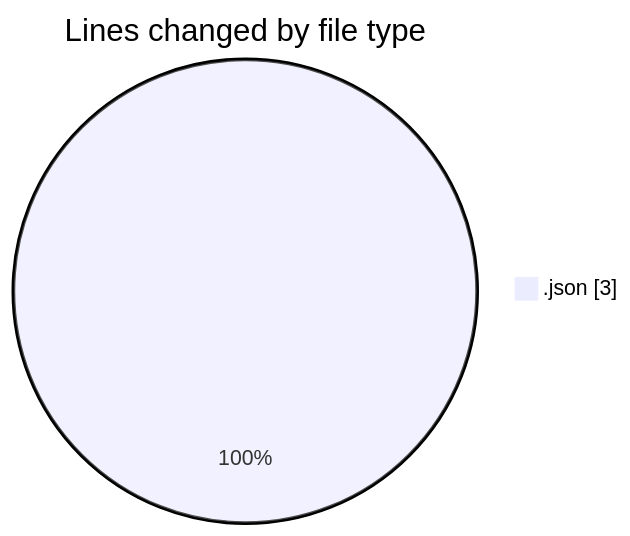
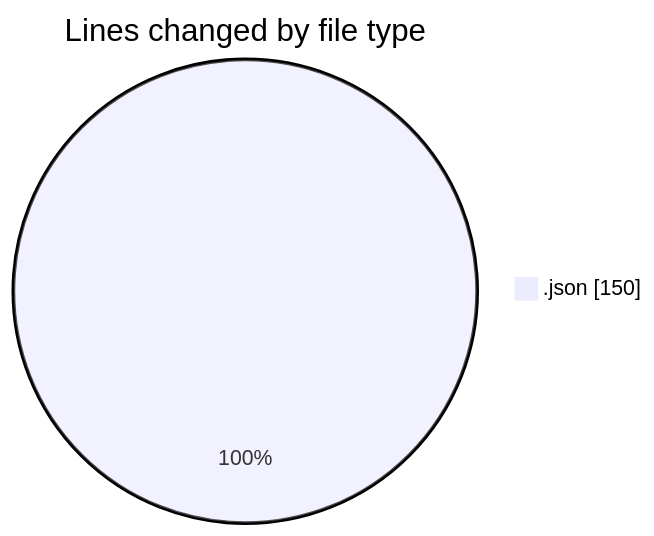
Before and after one commit to yexinjia/code-tracking: the first of 2 diagrams in 2026-09-10/mono-test/README.md, drawn with Mermaid. The commit also changed other lines of this file and 1 other file, not shown here.

````diff
--- a/2026-09-10/mono-test/README.md
+++ b/2026-09-10/mono-test/README.md
@@ -20,5 +21,5 @@
 ```mermaid
 pie showData
 title Lines changed by file type
-".json" : 3
+".json" : 150
 ```
````
